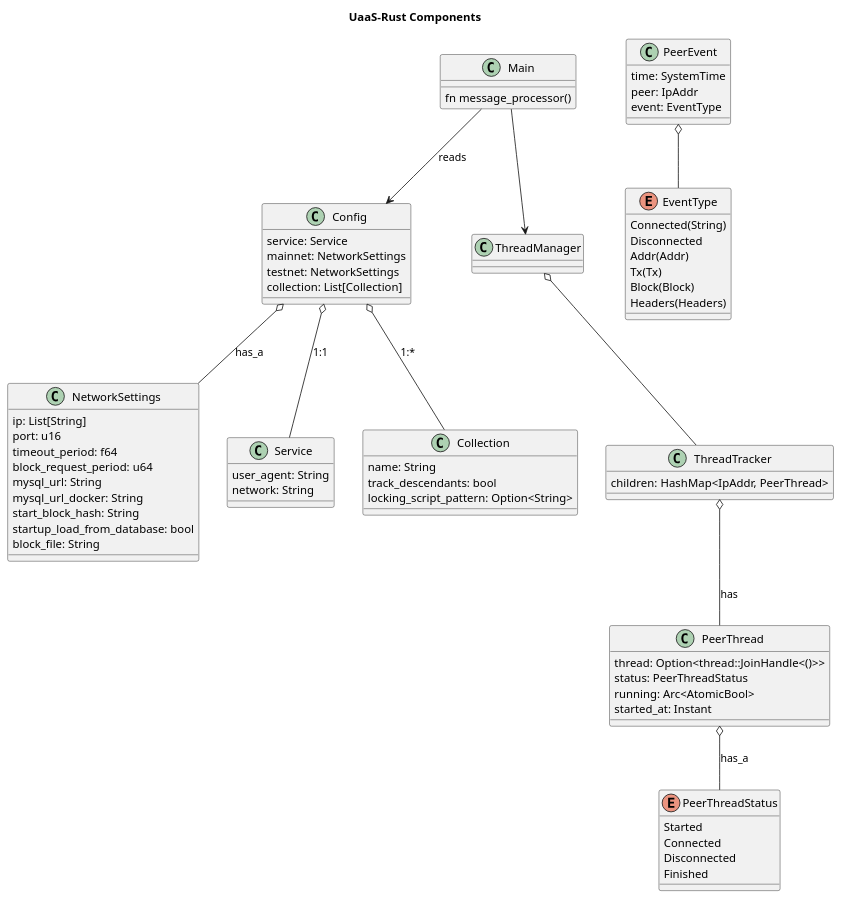
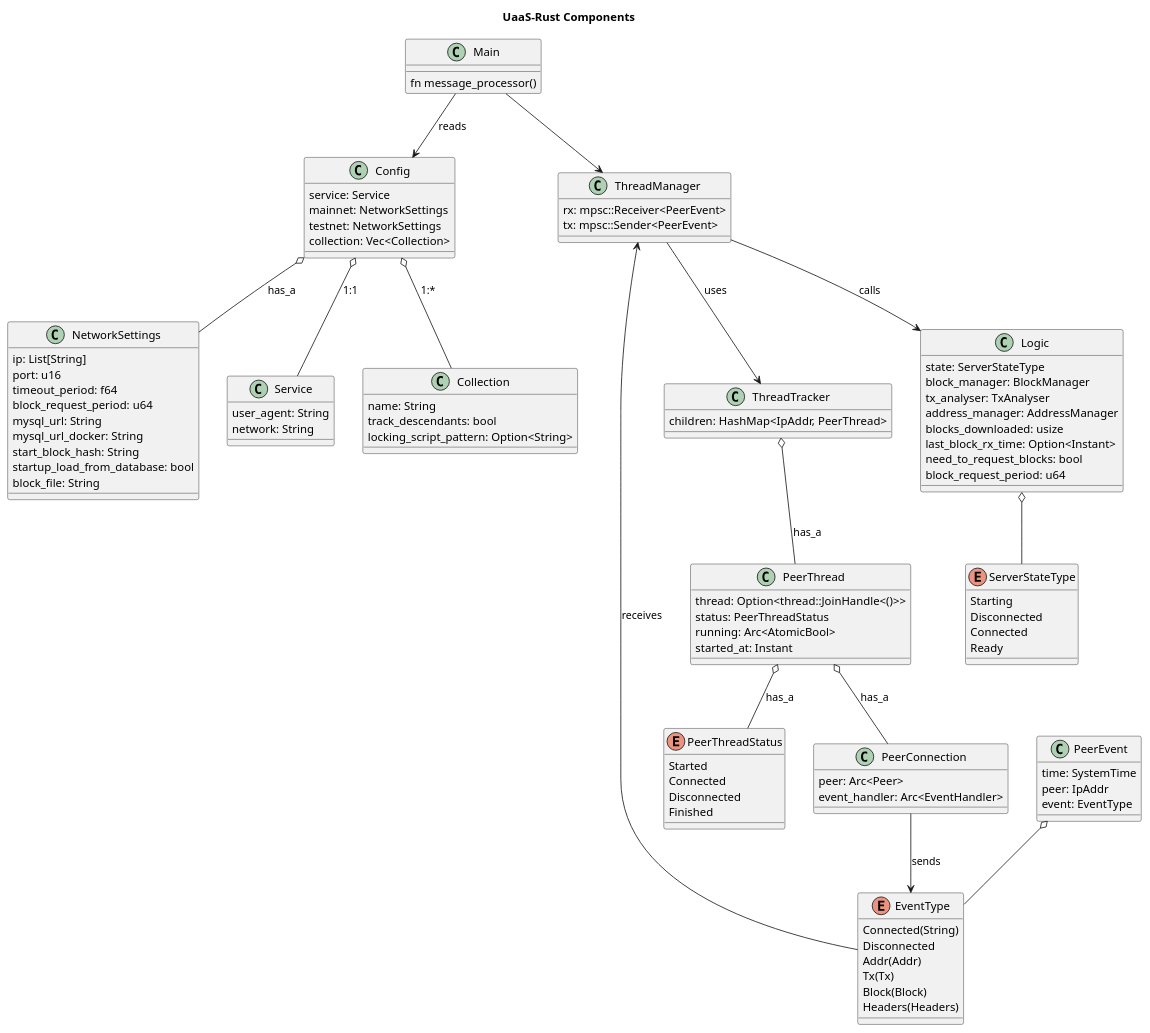
The diagram in docs/diagrams/service_structure.puml (nchain-innovation/utxo-as-a-service), drawn with PlantUML before and after one commit. The commit also changed 7 other files, not shown here.

```diff
--- a/docs/diagrams/service_structure.puml
+++ b/docs/diagrams/service_structure.puml
@@ -1,98 +1,130 @@
 @startuml
 title UaaS-Rust Components
 
 top to bottom direction
 
 class Main {
     fn message_processor()
 }
 
 class NetworkSettings {
     ip: List[String]
     port: u16
     timeout_period: f64
     block_request_period: u64
     mysql_url: String
     mysql_url_docker: String
     start_block_hash: String
     startup_load_from_database: bool
     block_file: String
 }
 
 class Service {
     user_agent: String
     network: String
 }
 
 class Collection {
     name: String
     track_descendants: bool
     locking_script_pattern: Option<String>
 }
 
 
 class Config {
     service: Service
     mainnet: NetworkSettings
     testnet: NetworkSettings
-    collection: List[Collection]
+    collection: Vec<Collection>
 }
 
 Config o-- Service: 1:1
 Config o-- NetworkSettings: has_a
 Config o-- Collection: 1:*
 
 Main --> Config: reads
 
 enum PeerThreadStatus {
     Started
     Connected
     Disconnected
     Finished
 }
 
 enum EventType {
     {field} Connected(String)
     Disconnected
     {field} Addr(Addr)
     {field} Tx(Tx)
     {field} Block(Block)
     {field} Headers(Headers)
 }
 
 
 
 class PeerEvent {
     time: SystemTime
     peer: IpAddr
     event: EventType
 }
 
 
 PeerEvent o-- EventType
 
 
 class PeerThread {
     {field} thread: Option<thread::JoinHandle<()>>
     status: PeerThreadStatus
     running: Arc<AtomicBool>
     started_at: Instant
 }
 
 class ThreadTracker {
     children: HashMap<IpAddr, PeerThread>
 }
-ThreadTracker o-- PeerThread: has
+ThreadTracker o-- PeerThread: has_a
 PeerThread o-- PeerThreadStatus: has_a
 
 
 class ThreadManager {
+    rx: mpsc::Receiver<PeerEvent>
+    tx: mpsc::Sender<PeerEvent>
+}
+
+ThreadManager --> ThreadTracker :uses
+Main --> ThreadManager
+
+class PeerConnection {
+    peer: Arc<Peer>
+    event_handler: Arc<EventHandler>
+}
+
+PeerThread o-- PeerConnection : has_a
+
+PeerConnection --> EventType: sends
+EventType --> ThreadManager: receives
 
 
+enum ServerStateType {
+    Starting
+    Disconnected
+    Connected
+    Ready
 }
 
-ThreadManager o-- ThreadTracker
+class Logic {
+    state: ServerStateType
+    block_manager: BlockManager
+    tx_analyser: TxAnalyser
+    address_manager: AddressManager
+    blocks_downloaded: usize
+    last_block_rx_time: Option<Instant>
+    need_to_request_blocks: bool
+    block_request_period: u64
+}
+ThreadManager --> Logic : calls
 
-Main --> ThreadManager
+Logic o-- ServerStateType
+
 
 @enduml
```
